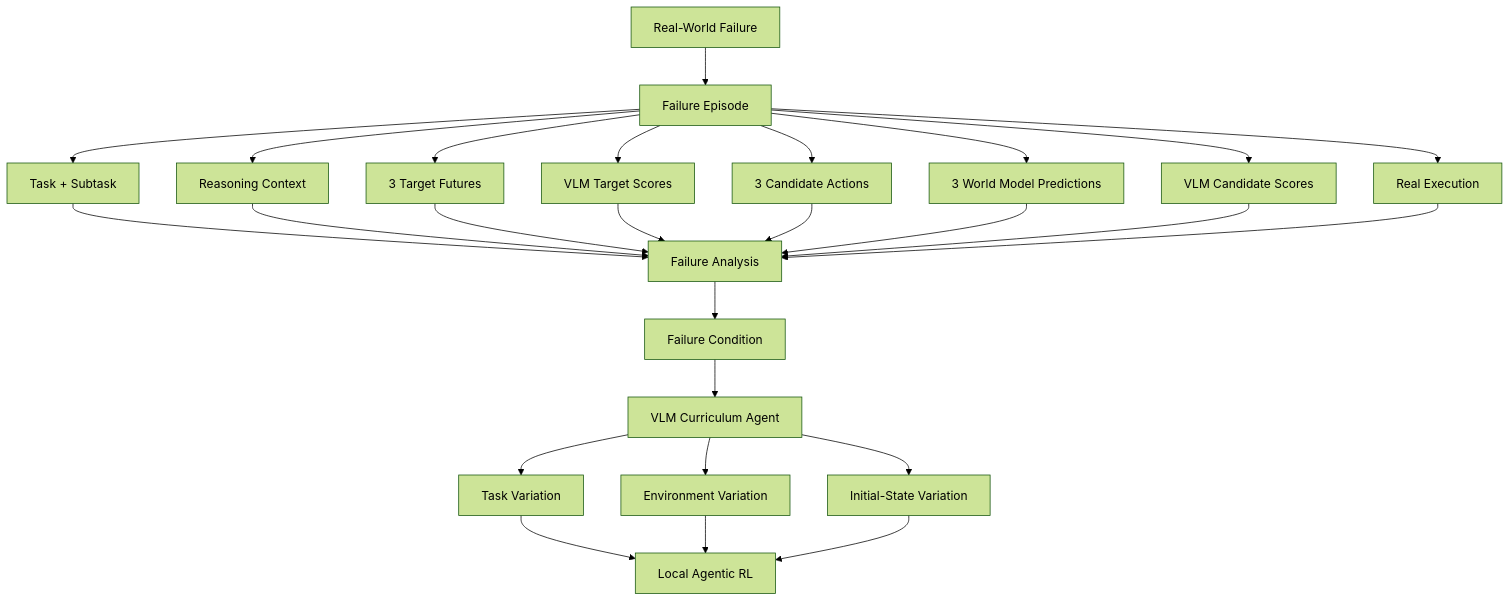
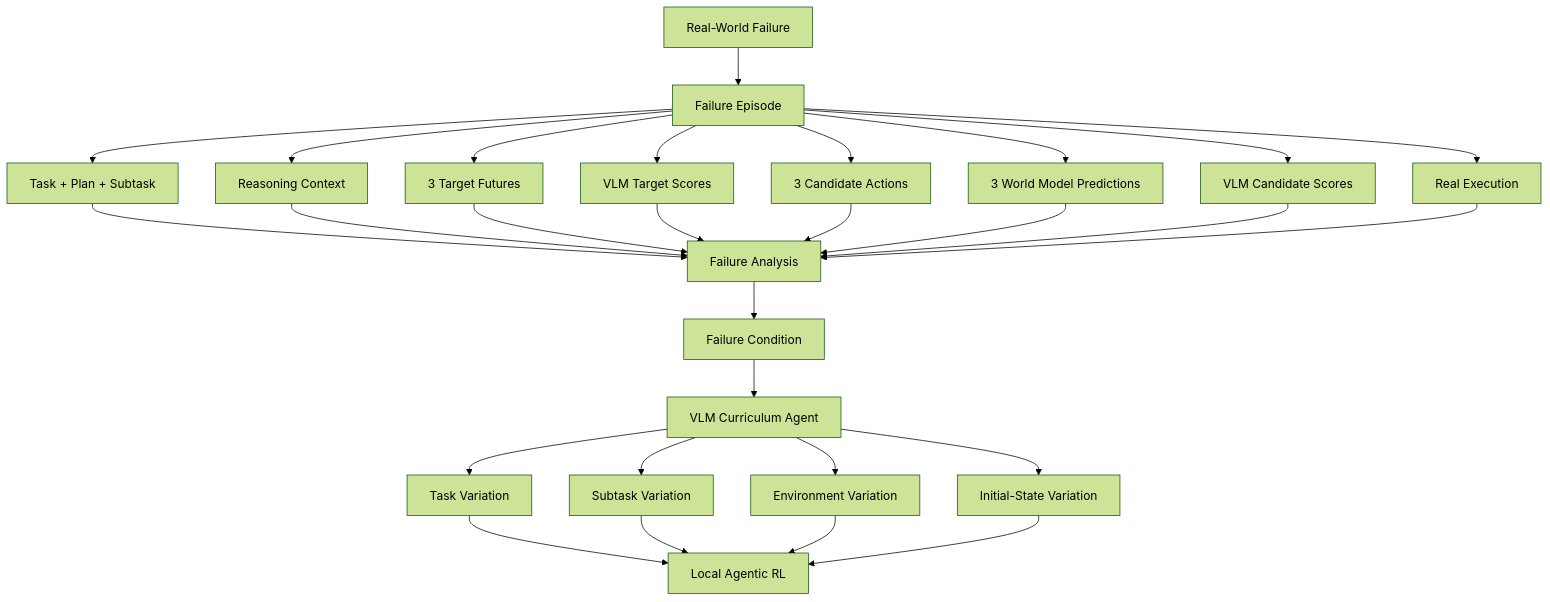
The eighth of 11 diagrams in docs/specs/post-demo/lunch_robotics.md (Freelunch-AI/freelunch-ide), drawn with Mermaid (forest theme) before and after one commit. The commit also changed other lines of this file, not shown here.

````diff
--- a/docs/specs/post-demo/lunch_robotics.md
+++ b/docs/specs/post-demo/lunch_robotics.md
@@ -1992,34 +2111,36 @@
 ```mermaid
 flowchart TD
     A["Real-World Failure"] --> B["Failure Episode"]
 
-    B --> C["Task + Subtask"]
+    B --> C["Task + Plan + Subtask"]
     B --> D["Reasoning Context"]
     B --> E["3 Target Futures"]
     B --> F["VLM Target Scores"]
     B --> G["3 Candidate Actions"]
     B --> H["3 World Model Predictions"]
     B --> I["VLM Candidate Scores"]
     B --> J["Real Execution"]
 
     C --> K["Failure Analysis"]
     D --> K
     E --> K
     F --> K
     G --> K
     H --> K
     I --> K
     J --> K
 
     K --> L["Failure Condition"]
 
     L --> M["VLM Curriculum Agent"]
 
     M --> N["Task Variation"]
-    M --> O["Environment Variation"]
-    M --> P["Initial-State Variation"]
+    M --> O["Subtask Variation"]
+    M --> P["Environment Variation"]
+    M --> Q["Initial-State Variation"]
 
-    N --> Q["Local Agentic RL"]
-    O --> Q
-    P --> Q
+    N --> R["Local Agentic RL"]
+    O --> R
+    P --> R
+    Q --> R
 ```
````
